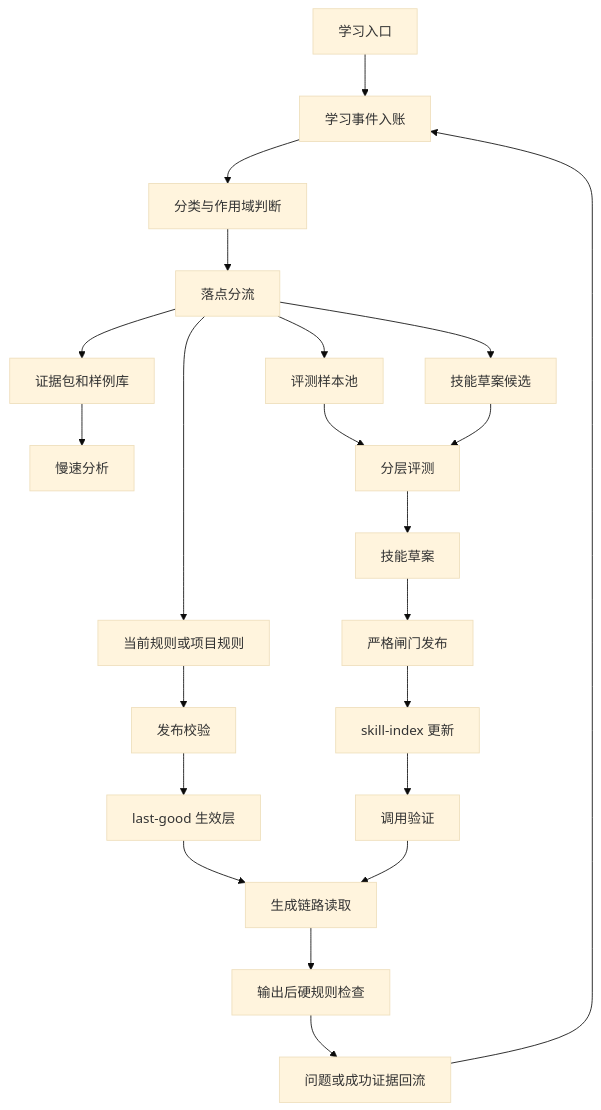
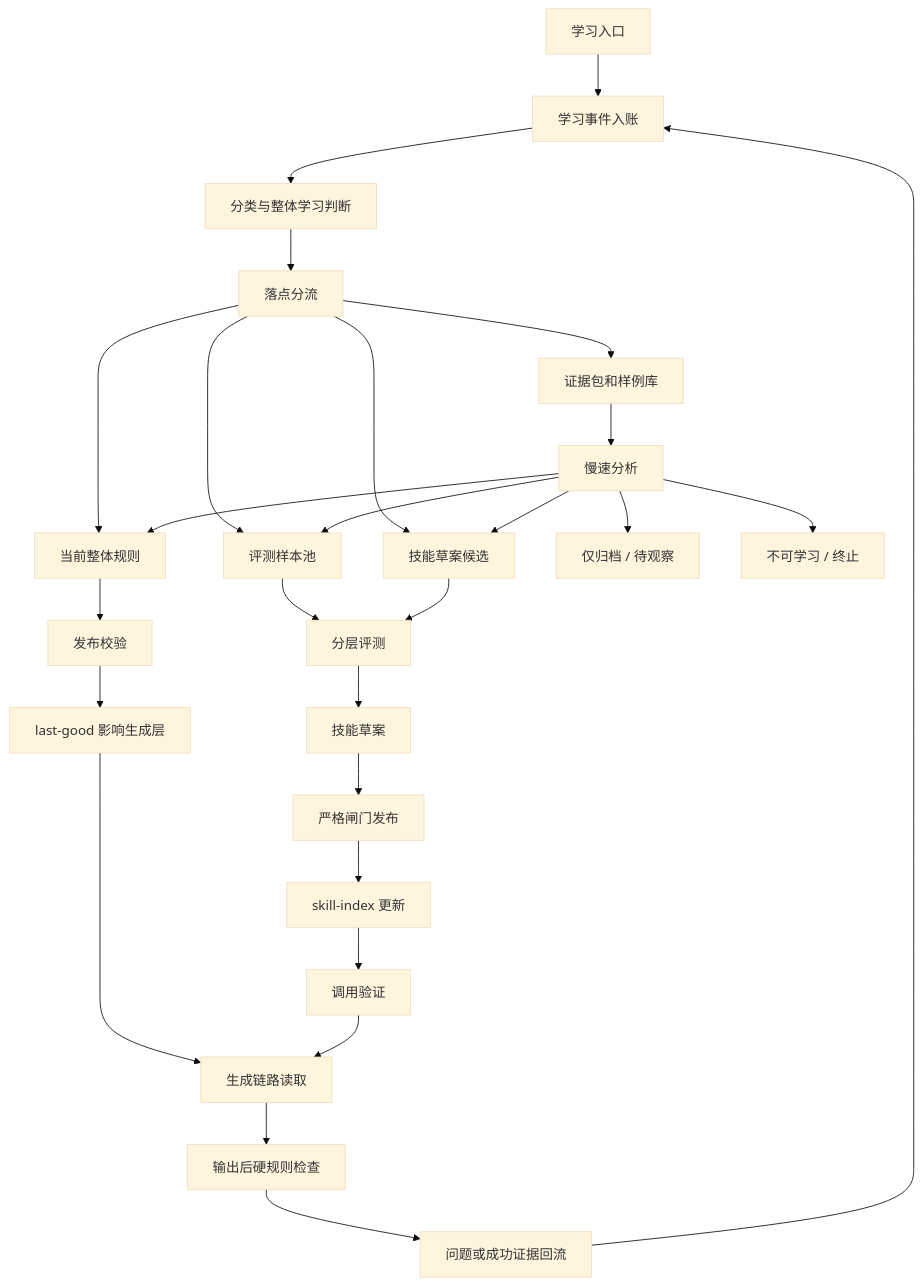
Before and after one commit to SteenLuo/MbhStoryboardScriptAssistant: the diagram in docs/自主学习机制闭环重构方案.md, drawn with Mermaid (base theme). The commit also changed other lines of this file and 3 other files, not shown here.

````diff
--- a/docs/自主学习机制闭环重构方案.md
+++ b/docs/自主学习机制闭环重构方案.md
@@ -229,24 +648,29 @@
 ```mermaid
 flowchart TD
   A["学习入口"] --> B["学习事件入账"]
-  B --> C["分类与作用域判断"]
+  B --> C["分类与整体学习判断"]
   C --> D["落点分流"]
-  D --> E1["当前规则或项目规则"]
+  D --> E1["当前整体规则"]
   D --> E2["证据包和样例库"]
   D --> E3["评测样本池"]
   D --> E4["技能草案候选"]
   E1 --> F1["发布校验"]
-  F1 --> G1["last-good 生效层"]
+  F1 --> G1["last-good 影响生成层"]
   E2 --> F2["慢速分析"]
+  F2 --> T1["仅归档 / 待观察"]
+  F2 --> T2["不可学习 / 终止"]
+  F2 --> E1
+  F2 --> E3
+  F2 --> E4
   E3 --> F3["分层评测"]
   E4 --> F3
   F3 --> G2["技能草案"]
   G2 --> H["严格闸门发布"]
   H --> I["skill-index 更新"]
   I --> J["调用验证"]
   G1 --> K["生成链路读取"]
   J --> K
   K --> L["输出后硬规则检查"]
   L --> M["问题或成功证据回流"]
   M --> B
 ```
````
